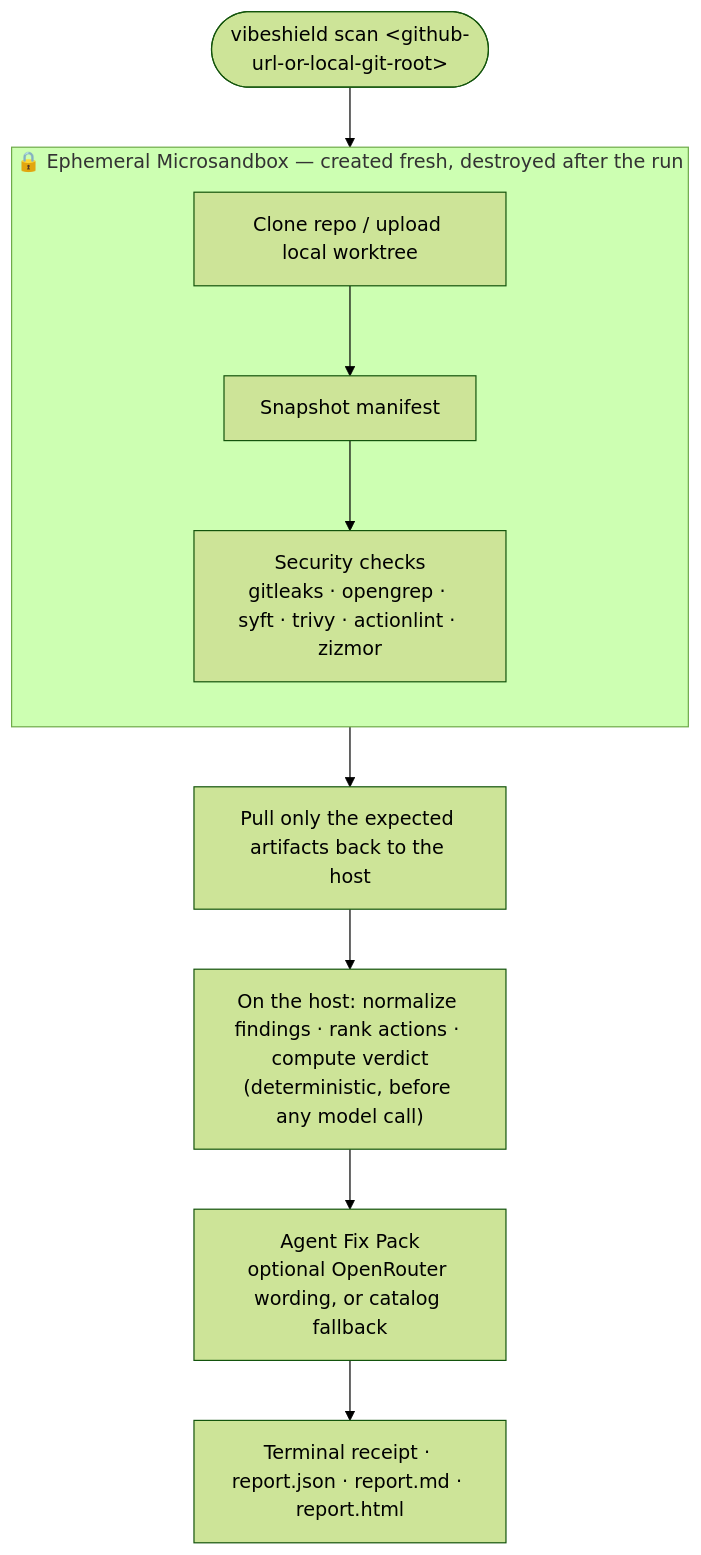
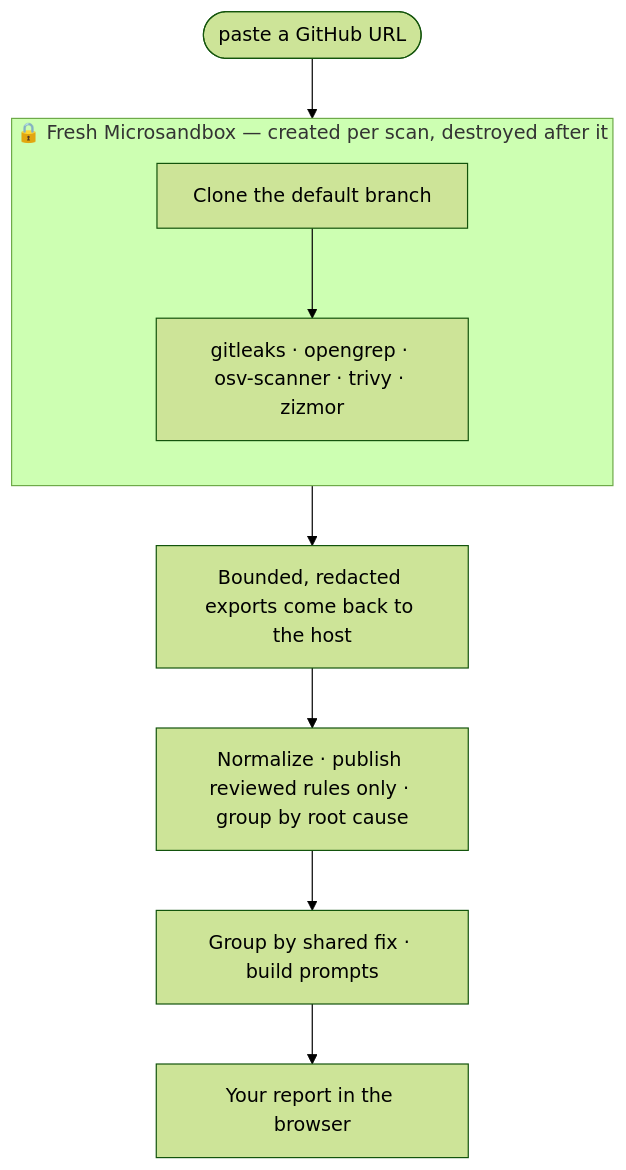
The diagram in README.md (nuanu-ai/vibeshield), drawn with Mermaid (forest theme) before and after one commit. The commit also changed other lines of this file and 2 other files, not shown here.

````diff
--- a/README.md
+++ b/README.md
@@ -73,15 +71,14 @@
 ```mermaid
 flowchart TD
-    A(["vibeshield scan &lt;github-url-or-local-git-root&gt;"]) --> SBX
+    A(["paste a GitHub URL"]) --> SBX
 
-    subgraph SBX["🔒 Ephemeral Microsandbox — created fresh, destroyed after the run"]
+    subgraph SBX["🔒 Fresh Microsandbox — created per scan, destroyed after it"]
         direction TB
-        S["Clone repo / upload local worktree"] --> M["Snapshot manifest"]
-        M --> C["Security checks<br/>gitleaks · opengrep · syft · trivy · actionlint · zizmor"]
+        S["Clone the default branch"] --> C["gitleaks · opengrep · osv-scanner · trivy · zizmor"]
     end
 
-    SBX --> PULL[Pull only the expected artifacts back to the host]
-    PULL --> T["On the host: normalize findings · rank actions · compute verdict<br/>(deterministic, before any model call)"]
-    T --> P["Agent Fix Pack<br/>optional OpenRouter wording, or catalog fallback"]
-    P --> O["Terminal receipt · report.json · report.md · report.html"]
+    SBX --> PULL[Bounded, redacted exports come back to the host]
+    PULL --> T["Normalize · publish reviewed rules only · group by root cause"]
+    T --> P["Group by shared fix · build prompts"]
+    P --> O["Your report in the browser"]
 ```
````
